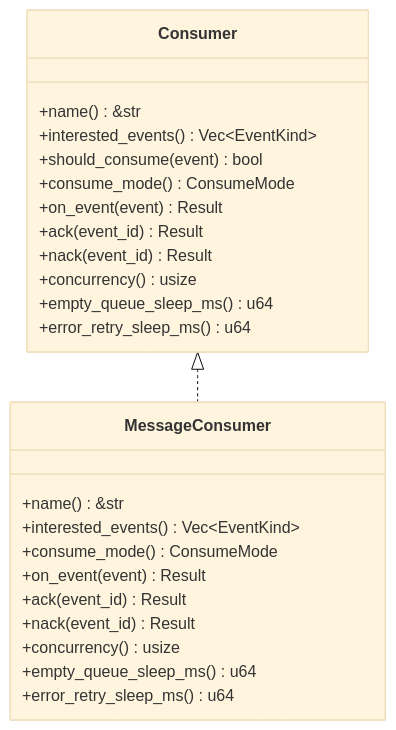
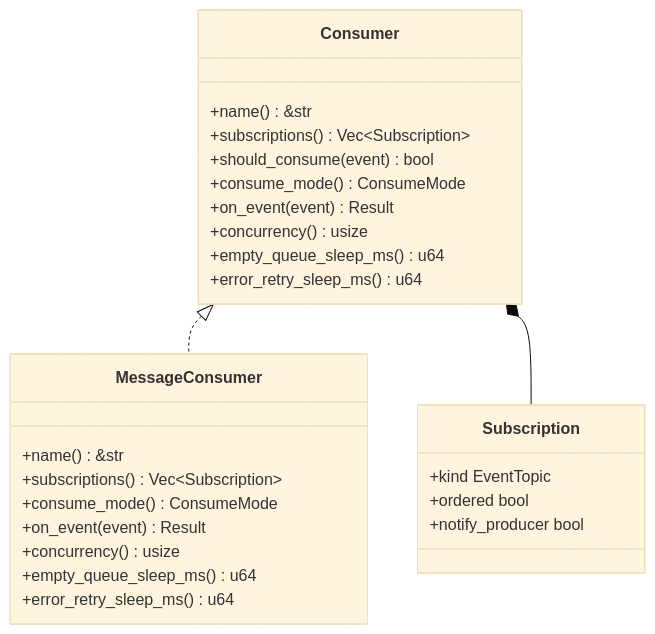
Before and after one commit to runningcoders/ai_orz: the fourth of 7 diagrams in docs/wiki/zh/content/基础设施/AOP 事件系统/AOP 事件系统.md, drawn with Mermaid (base theme). The commit also changed other lines of this file and 37 other files, not shown here.

````diff
--- a/docs/wiki/zh/content/基础设施/AOP 事件系统/AOP 事件系统.md
+++ b/docs/wiki/zh/content/基础设施/AOP 事件系统/AOP 事件系统.md
@@ -220,27 +222,29 @@
 ```mermaid
 classDiagram
 class Consumer {
 +name() &str
-+interested_events() Vec~EventKind~
++subscriptions() Vec~Subscription~
 +should_consume(event) bool
 +consume_mode() ConsumeMode
 +on_event(event) Result
-+ack(event_id) Result
-+nack(event_id) Result
 +concurrency() usize
 +empty_queue_sleep_ms() u64
 +error_retry_sleep_ms() u64
 }
+class Subscription {
++kind EventTopic
++ordered bool
++notify_producer bool
+}
 class MessageConsumer {
 +name() &str
-+interested_events() Vec~EventKind~
++subscriptions() Vec~Subscription~
 +consume_mode() ConsumeMode
 +on_event(event) Result
-+ack(event_id) Result
-+nack(event_id) Result
 +concurrency() usize
 +empty_queue_sleep_ms() u64
 +error_retry_sleep_ms() u64
 }
 Consumer <|.. MessageConsumer
+Consumer *-- Subscription
 ```
````
